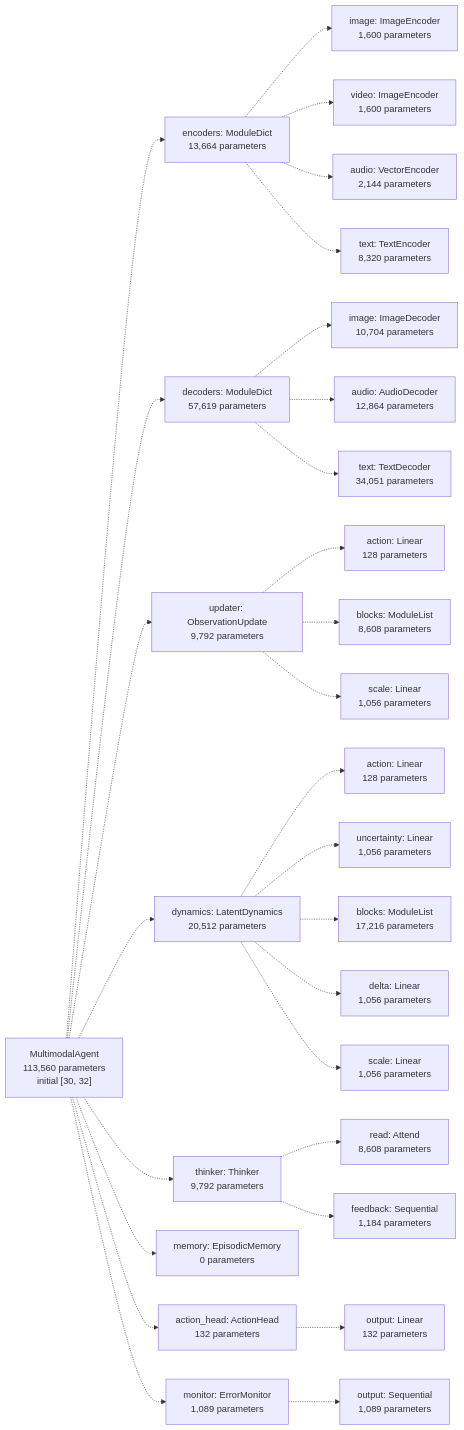
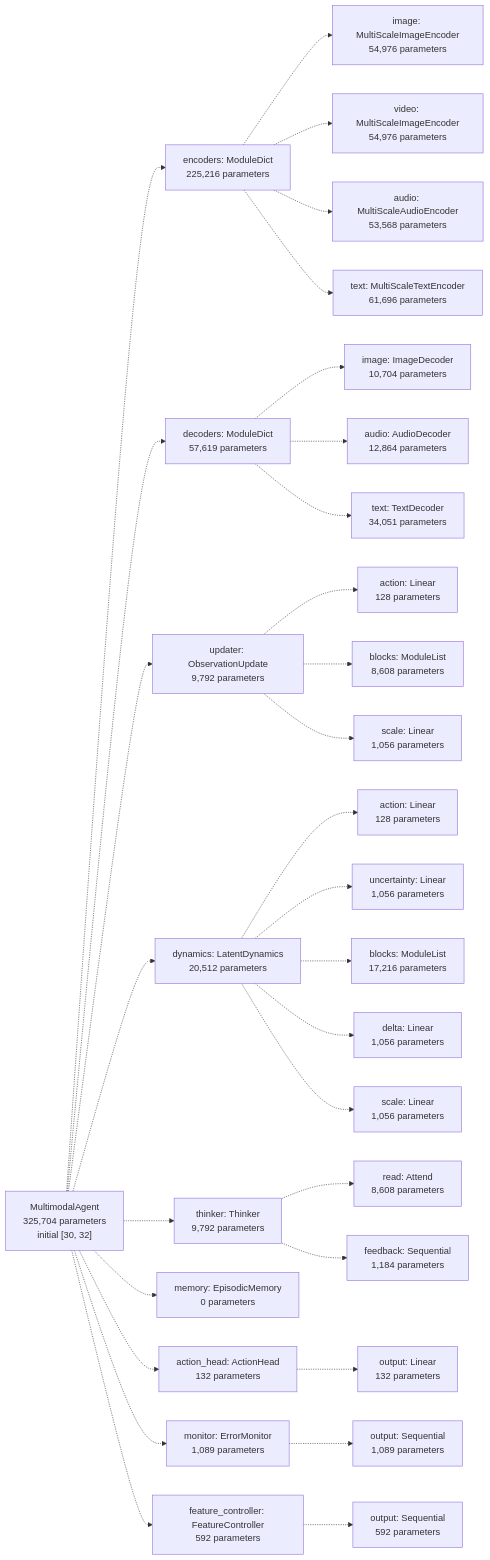
The diagram in docs/diagrams/architecture.mmd (intrinsicD/path-wm), drawn with Mermaid before and after one commit. The commit also changed 30 other files, not shown here.

```diff
--- a/docs/diagrams/architecture.mmd
+++ b/docs/diagrams/architecture.mmd
@@ -1,56 +1,60 @@
 flowchart LR
-    n0["MultimodalAgent<br/>113,560 parameters<br/>initial [30, 32]"]
-    n1["encoders: ModuleDict<br/>13,664 parameters"]
-    n2["image: ImageEncoder<br/>1,600 parameters"]
-    n3["video: ImageEncoder<br/>1,600 parameters"]
-    n4["audio: VectorEncoder<br/>2,144 parameters"]
-    n5["text: TextEncoder<br/>8,320 parameters"]
+    n0["MultimodalAgent<br/>325,704 parameters<br/>initial [30, 32]"]
+    n1["encoders: ModuleDict<br/>225,216 parameters"]
+    n2["image: MultiScaleImageEncoder<br/>54,976 parameters"]
+    n3["video: MultiScaleImageEncoder<br/>54,976 parameters"]
+    n4["audio: MultiScaleAudioEncoder<br/>53,568 parameters"]
+    n5["text: MultiScaleTextEncoder<br/>61,696 parameters"]
     n6["decoders: ModuleDict<br/>57,619 parameters"]
     n7["image: ImageDecoder<br/>10,704 parameters"]
     n8["audio: AudioDecoder<br/>12,864 parameters"]
     n9["text: TextDecoder<br/>34,051 parameters"]
     n10["updater: ObservationUpdate<br/>9,792 parameters"]
     n11["action: Linear<br/>128 parameters"]
     n12["blocks: ModuleList<br/>8,608 parameters"]
     n13["scale: Linear<br/>1,056 parameters"]
     n14["dynamics: LatentDynamics<br/>20,512 parameters"]
     n15["action: Linear<br/>128 parameters"]
     n16["uncertainty: Linear<br/>1,056 parameters"]
     n17["blocks: ModuleList<br/>17,216 parameters"]
     n18["delta: Linear<br/>1,056 parameters"]
     n19["scale: Linear<br/>1,056 parameters"]
     n20["thinker: Thinker<br/>9,792 parameters"]
     n21["read: Attend<br/>8,608 parameters"]
     n22["feedback: Sequential<br/>1,184 parameters"]
     n23["memory: EpisodicMemory<br/>0 parameters"]
     n24["action_head: ActionHead<br/>132 parameters"]
     n25["output: Linear<br/>132 parameters"]
     n26["monitor: ErrorMonitor<br/>1,089 parameters"]
     n27["output: Sequential<br/>1,089 parameters"]
+    n28["feature_controller: FeatureController<br/>592 parameters"]
+    n29["output: Sequential<br/>592 parameters"]
     n0 -.-> n1
     n1 -.-> n2
     n1 -.-> n3
     n1 -.-> n4
     n1 -.-> n5
     n0 -.-> n6
     n6 -.-> n7
     n6 -.-> n8
     n6 -.-> n9
     n0 -.-> n10
     n10 -.-> n11
     n10 -.-> n12
     n10 -.-> n13
     n0 -.-> n14
     n14 -.-> n15
     n14 -.-> n16
     n14 -.-> n17
     n14 -.-> n18
     n14 -.-> n19
     n0 -.-> n20
     n20 -.-> n21
     n20 -.-> n22
     n0 -.-> n23
     n0 -.-> n24
     n24 -.-> n25
     n0 -.-> n26
     n26 -.-> n27
+    n0 -.-> n28
+    n28 -.-> n29
```
